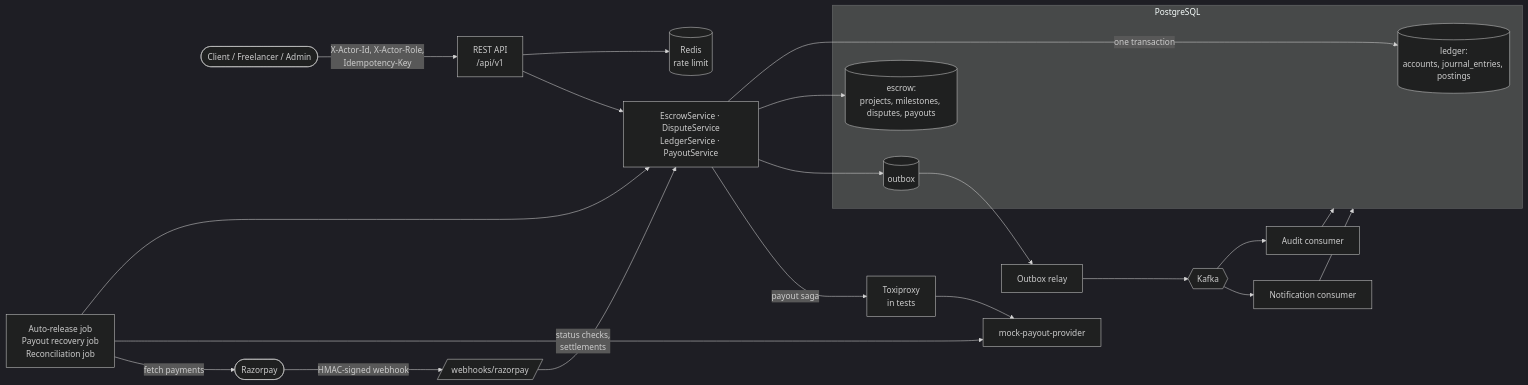
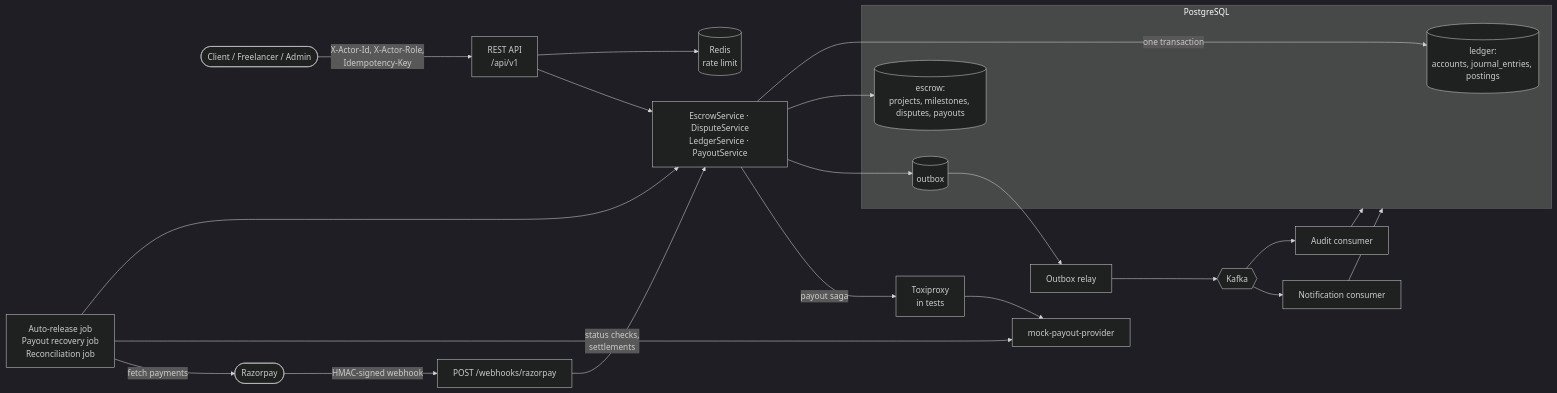
The first of 3 diagrams in README.md (SVatsa12/Milestone-escrow-ledger), drawn with Mermaid (dark theme) before and after one commit. The commit also changed 1 other file, not shown here.

Commit message:
docs(readme): validate the Mermaid diagrams with mermaid-cli; fix the webhook label
All three README Mermaid blocks (architecture, state machine, payout saga)
render with @mermaid-js/mermaid-cli 11.4.2 with no syntax errors. The
webhook node used parallelogram syntax ([/.../]), which dropped the leading
slash. It is now the quoted label "POST /webhooks/razorpay". SVGs are not
committed. FINDINGS #50.

````diff
--- a/README.md
+++ b/README.md
@@ -31,23 +31,23 @@
 ```mermaid
 flowchart LR
     client([Client / Freelancer / Admin]) -->|X-Actor-Id, X-Actor-Role,<br/>Idempotency-Key| api[REST API<br/>/api/v1]
-    rzp([Razorpay]) -->|HMAC-signed webhook| wh[/webhooks/razorpay/]
+    rzp([Razorpay]) -->|HMAC-signed webhook| wh["POST /webhooks/razorpay"]
     api --> rl[(Redis<br/>rate limit)]
     api --> svc[EscrowService · DisputeService<br/>LedgerService · PayoutService]
     wh --> svc
     subgraph pg [PostgreSQL]
         ledger[(ledger:<br/>accounts, journal_entries, postings)]
         escrow[(escrow:<br/>projects, milestones, disputes, payouts)]
         outbox[(outbox)]
     end
     svc -->|one transaction| ledger
     svc --> escrow
     svc --> outbox
     outbox --> relay[Outbox relay] --> kafka{{Kafka}}
     kafka --> audit[Audit consumer] --> pg
     kafka --> notif[Notification consumer] --> pg
     svc -->|payout saga| toxi[Toxiproxy<br/>in tests] --> provider[mock-payout-provider]
     jobs[Auto-release job<br/>Payout recovery job<br/>Reconciliation job] --> svc
     jobs -->|status checks,<br/>settlements| provider
     jobs -->|fetch payments| rzp
 ```
````
